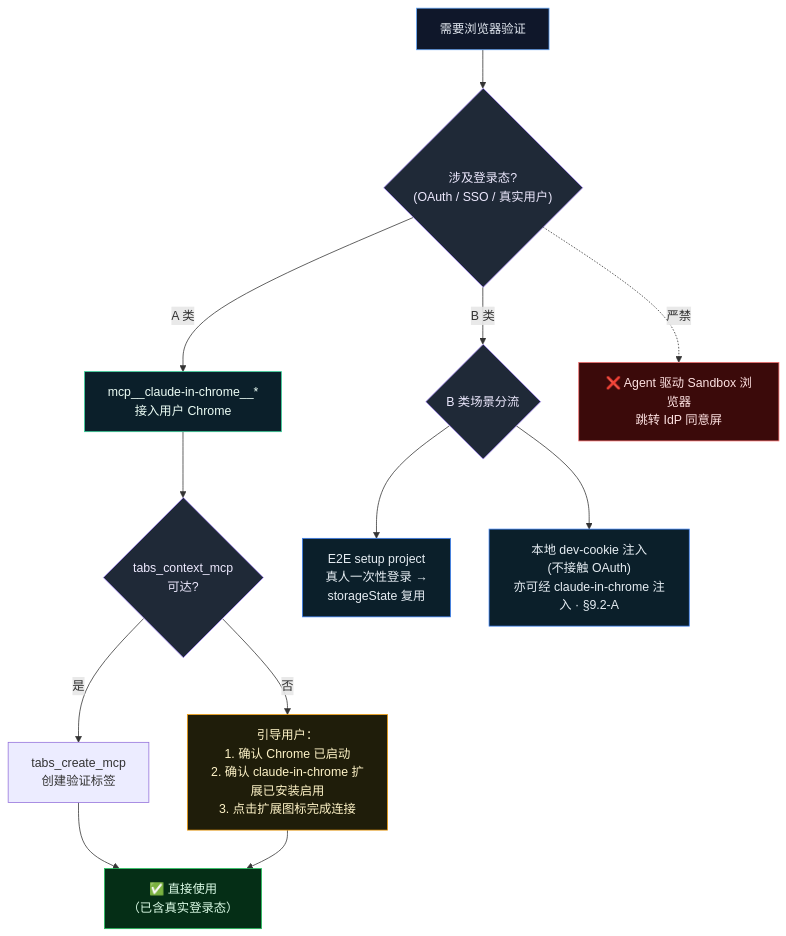
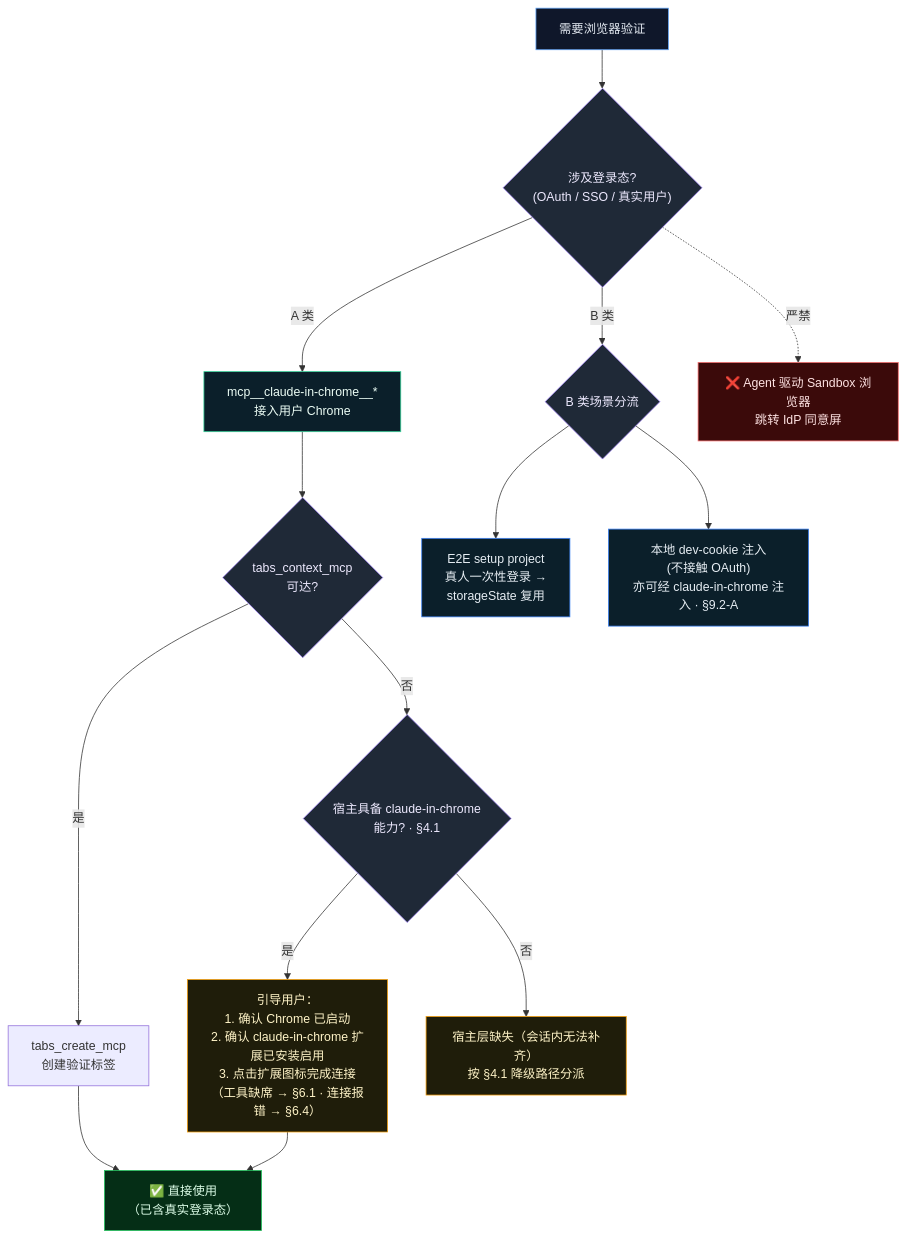
One commit to ThreeFish-AI/agents.md changed the first of 3 diagrams in docs/browser-validation.md. Above: the diagram before and after it, drawn with Mermaid.

Commit message:
规约(Governance): §4.4 场景路由图补宿主能力分诊节点——工具不可达先分宿主层缺失与连接故障，降级仅指针化引用 §4.1; (#30)

````diff
--- a/docs/browser-validation.md
+++ b/docs/browser-validation.md
@@ -120,28 +120,32 @@
 ```mermaid
 flowchart TD
   Start["需要浏览器验证"] --> NeedAuth{"涉及登录态?<br/>(OAuth / SSO / 真实用户)"}
 
   NeedAuth -->|"A 类"| CiC["mcp__claude-in-chrome__*<br/>接入用户 Chrome"]
   CiC --> Reachable{"tabs_context_mcp<br/>可达?"}
   Reachable -->|是| TabCreate["tabs_create_mcp<br/>创建验证标签"]
   TabCreate --> OK["✅ 直接使用<br/>（已含真实登录态）"]
-  Reachable -->|否| Recover["引导用户：<br/>1. 确认 Chrome 已启动<br/>2. 确认 claude-in-chrome 扩展已安装启用<br/>3. 点击扩展图标完成连接"]
+  Reachable -->|否| HostCap{"宿主具备 claude-in-chrome<br/>能力? · §4.1"}
+  HostCap -->|是| Recover["引导用户：<br/>1. 确认 Chrome 已启动<br/>2. 确认 claude-in-chrome 扩展已安装启用<br/>3. 点击扩展图标完成连接<br/>（工具缺席 → §6.1 · 连接报错 → §6.4）"]
+  HostCap -->|否| Degrade["宿主层缺失（会话内无法补齐）<br/>按 §4.1 降级路径分派"]
   Recover --> OK
 
   NeedAuth -->|"B 类"| BRoute{"B 类场景分流"}
   BRoute --> E2E["E2E setup project<br/>真人一次性登录 →<br/>storageState 复用"]
   BRoute --> DevCK["本地 dev-cookie 注入<br/>(不接触 OAuth)<br/>亦可经 claude-in-chrome 注入 · §9.2-A"]
 
   NeedAuth -.->|"严禁"| Forbid["❌ Agent 驱动 Sandbox 浏览器<br/>跳转 IdP 同意屏"]
 
   style Start fill:#0f172a,stroke:#60a5fa,color:#e2e8f0
   style CiC fill:#0b1f2a,stroke:#34d399,color:#ecfdf5
   style OK fill:#052e16,stroke:#22c55e,color:#dcfce7
   style Recover fill:#1f1d0a,stroke:#f59e0b,color:#fef3c7
+  style Degrade fill:#1f1d0a,stroke:#f59e0b,color:#fef3c7
   style E2E fill:#0b1f2a,stroke:#3b82f6,color:#e6edf3
   style DevCK fill:#0b1f2a,stroke:#3b82f6,color:#e6edf3
   style NeedAuth fill:#1f2937,stroke:#a78bfa,color:#ede9fe
   style Reachable fill:#1f2937,stroke:#a78bfa,color:#ede9fe
+  style HostCap fill:#1f2937,stroke:#a78bfa,color:#ede9fe
   style BRoute fill:#1f2937,stroke:#a78bfa,color:#ede9fe
   style Forbid fill:#3b0a0a,stroke:#f87171,color:#fee2e2
 ```
````
